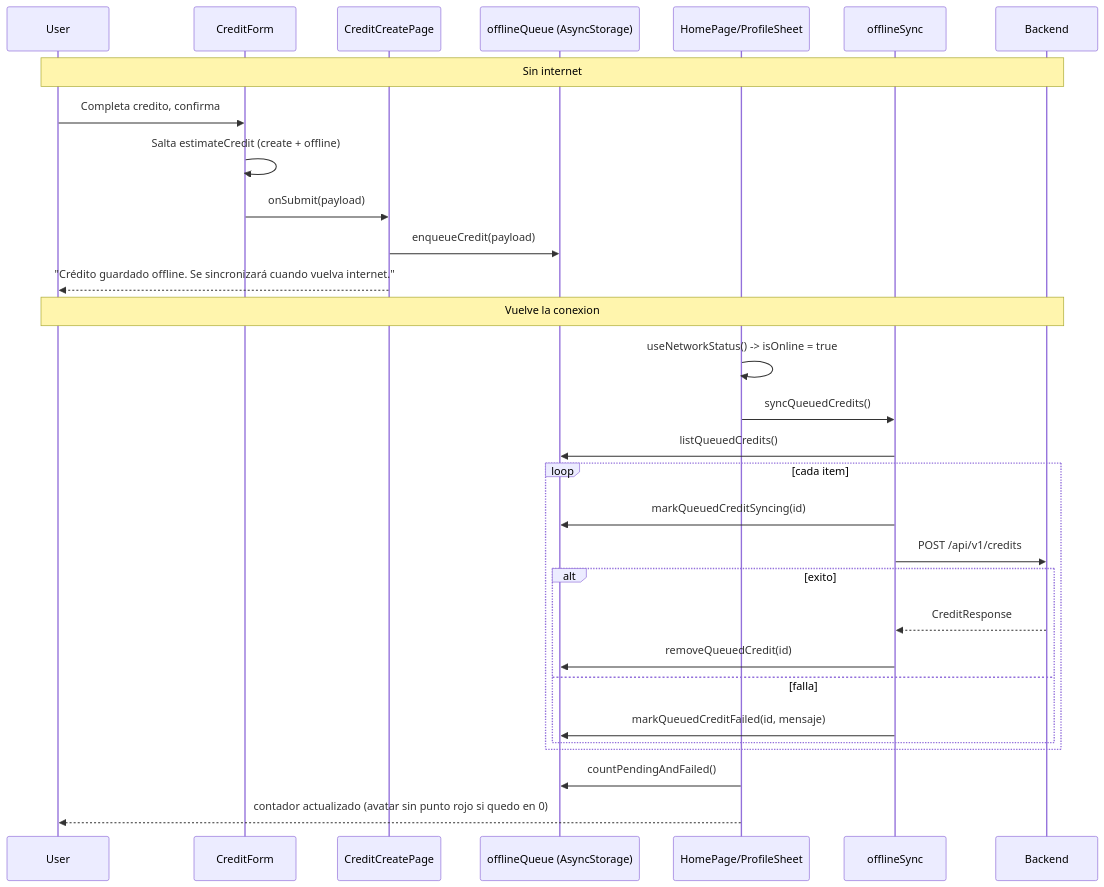
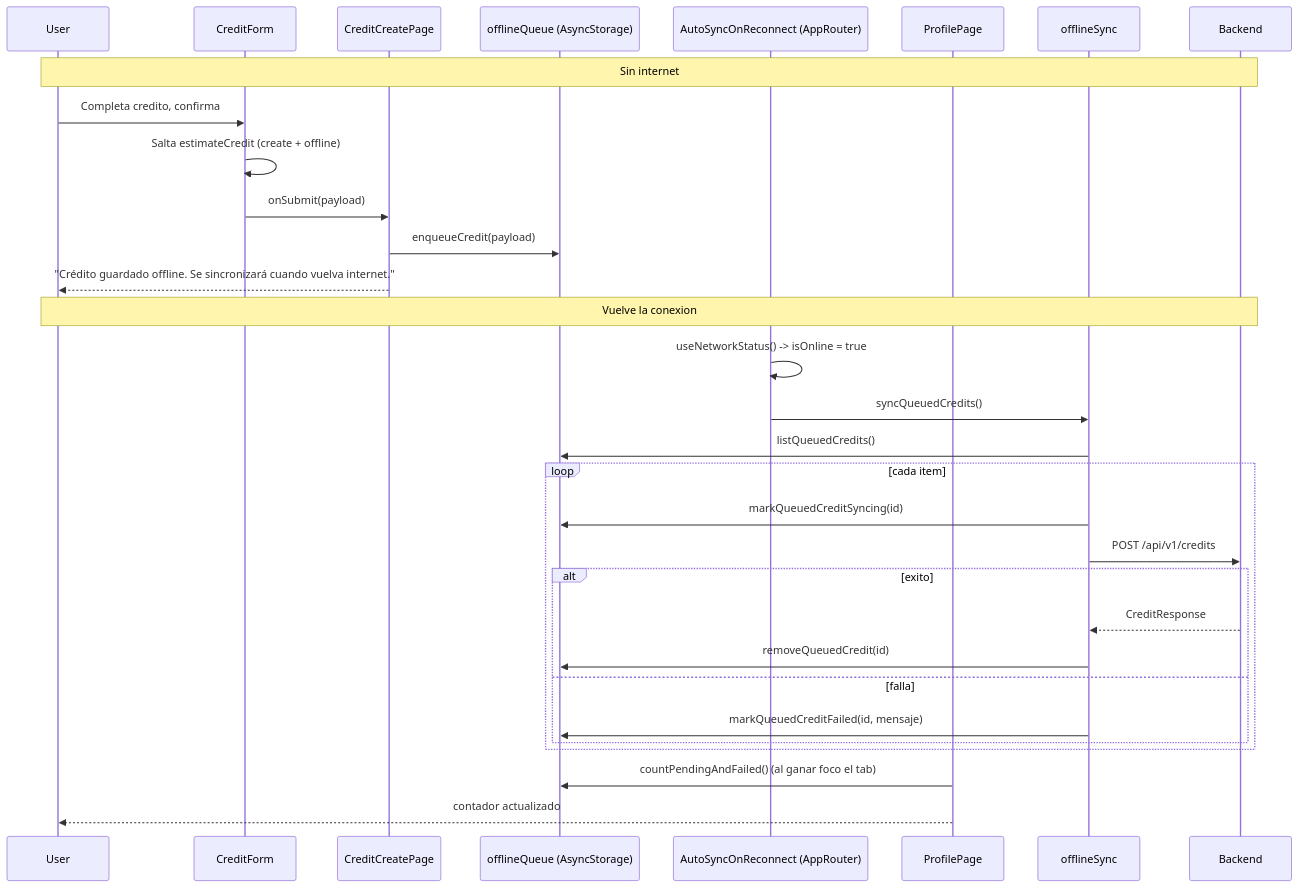
The diagram in knowledge/credits/current-credit-offline-queue-flow.md (CarlosPolo019/credit-mobile), drawn with Mermaid before and after one commit. The commit also changed other lines of this file and 13 other files, not shown here.

First line of the commit message:
docs: sync every doc with the bottom-tab nav refactor

````diff
--- a/knowledge/credits/current-credit-offline-queue-flow.md
+++ b/knowledge/credits/current-credit-offline-queue-flow.md
@@ -19,34 +20,35 @@
 ```mermaid
 sequenceDiagram
   participant User
   participant Form as CreditForm
   participant Page as CreditCreatePage
   participant Queue as offlineQueue (AsyncStorage)
-  participant Home as HomePage/ProfileSheet
+  participant AutoSync as AutoSyncOnReconnect (AppRouter)
+  participant Profile as ProfilePage
   participant Sync as offlineSync
   participant Backend
 
   Note over User,Backend: Sin internet
   User->>Form: Completa credito, confirma
   Form->>Form: Salta estimateCredit (create + offline)
   Form->>Page: onSubmit(payload)
   Page->>Queue: enqueueCredit(payload)
   Page-->>User: "Crédito guardado offline. Se sincronizará cuando vuelva internet."
 
   Note over User,Backend: Vuelve la conexion
-  Home->>Home: useNetworkStatus() -> isOnline = true
-  Home->>Sync: syncQueuedCredits()
+  AutoSync->>AutoSync: useNetworkStatus() -> isOnline = true
+  AutoSync->>Sync: syncQueuedCredits()
   Sync->>Queue: listQueuedCredits()
   loop cada item
     Sync->>Queue: markQueuedCreditSyncing(id)
     Sync->>Backend: POST /api/v1/credits
     alt exito
       Backend-->>Sync: CreditResponse
       Sync->>Queue: removeQueuedCredit(id)
     else falla
       Sync->>Queue: markQueuedCreditFailed(id, mensaje)
     end
   end
-  Home->>Queue: countPendingAndFailed()
-  Home-->>User: contador actualizado (avatar sin punto rojo si quedo en 0)
+  Profile->>Queue: countPendingAndFailed() (al ganar foco el tab)
+  Profile-->>User: contador actualizado
 ```
````
